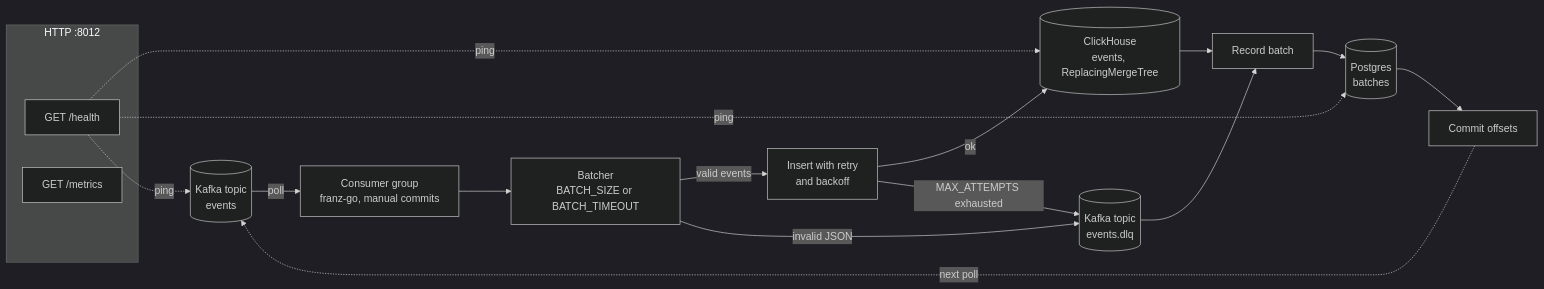
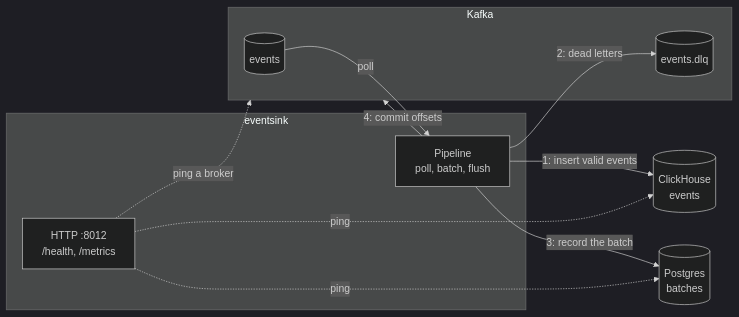
Before and after one commit to Maksim-Burtsev/go-reading: the diagram in apps/12-eventsink/README.md, drawn with Mermaid (dark theme). The commit also changed other lines of this file and 9 other files, not shown here.

First line of the commit message:
12-eventsink: bound every flush call, fail on a lost final commit, redact the DSN

````diff
--- a/apps/12-eventsink/README.md
+++ b/apps/12-eventsink/README.md
@@ -14,21 +14,22 @@
 ```mermaid
 flowchart LR
-    topic[("Kafka topic<br/>events")] -->|poll| consumer["Consumer group<br/>franz-go, manual commits"]
-    consumer --> batcher["Batcher<br/>BATCH_SIZE or BATCH_TIMEOUT"]
-    batcher -->|valid events| insert["Insert with retry<br/>and backoff"]
-    batcher -->|invalid JSON| dlq[("Kafka topic<br/>events.dlq")]
-    insert -->|ok| clickhouse[("ClickHouse<br/>events, ReplacingMergeTree")]
-    insert -->|MAX_ATTEMPTS exhausted| dlq
-    clickhouse --> record["Record batch"]
-    dlq --> record
-    record --> postgres[("Postgres<br/>batches")]
-    postgres --> commit["Commit offsets"]
-    commit -.->|next poll| topic
-    subgraph http ["HTTP :8012"]
-        health["GET /health"]
-        metrics["GET /metrics"]
+    subgraph kafka ["Kafka"]
+        events[("events")]
+        dlq[("events.dlq")]
     end
-    health -.->|ping| clickhouse
-    health -.->|ping| postgres
-    health -.->|ping| topic
+    subgraph eventsink ["eventsink"]
+        pipeline["Pipeline<br/>poll, batch, flush"]
+        http["HTTP :8012<br/>/health, /metrics"]
+    end
+    clickhouse[("ClickHouse<br/>events")]
+    postgres[("Postgres<br/>batches")]
+
+    events -->|poll| pipeline
+    pipeline -->|"1: insert valid events"| clickhouse
+    pipeline -->|"2: dead letters"| dlq
+    pipeline -->|"3: record the batch"| postgres
+    pipeline -->|"4: commit offsets"| kafka
+    http -.->|ping| clickhouse
+    http -.->|ping| postgres
+    http -.->|ping a broker| kafka
 ```
````
